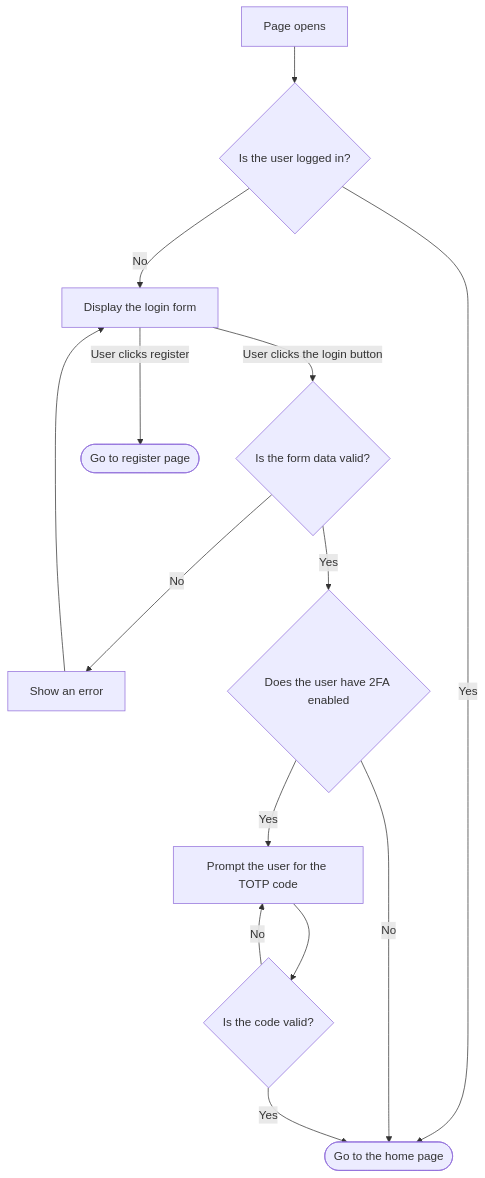
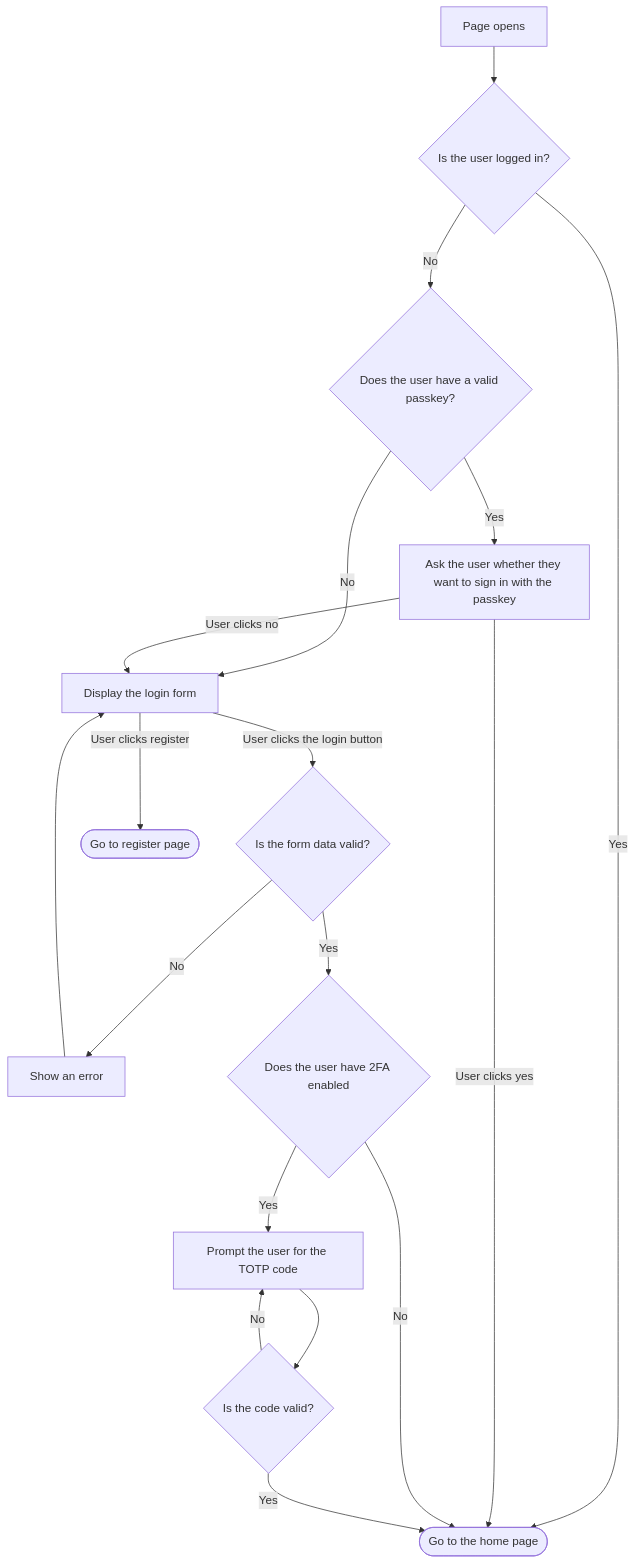
One commit to AaravMalani/specs changed the diagram in flows/LOGIN.md. Above: the diagram before and after it, drawn with Mermaid.

Commit message:
chore(flows): add passkeys to flowchart

````diff
--- a/flows/LOGIN.md
+++ b/flows/LOGIN.md
@@ -4,29 +4,37 @@
 ```mermaid
 flowchart TD
 
     A[Page opens] --> B{Is the user logged in?}
 
     B -->|Yes| C([Go to the home page])
 
-    B -->|No| D[Display the login form]
+    B -->|No| K{Does the user have a valid passkey?}
+
+    K -->|Yes| L[Ask the user whether they want to sign in with the passkey]
+
+    K -->|No| D[Display the login form]
+
+    L -->|User clicks no| D
+
+    L -->|User clicks yes| C
 
     D -->|User clicks the login button| E{Is the form data valid?}
 
     E -->|No| F[Show an error]
 
     E -->|Yes| H{Does the user have 2FA enabled}
 
     H -->|Yes| I[Prompt the user for the TOTP code]
 
     H -->|No| C
 
     I --> J{Is the code valid?}
 
     J -->|Yes| C
 
     J -->|No| I
 
     F --> D
 
     D -->|User clicks register| G([Go to register page])
 ```
````
